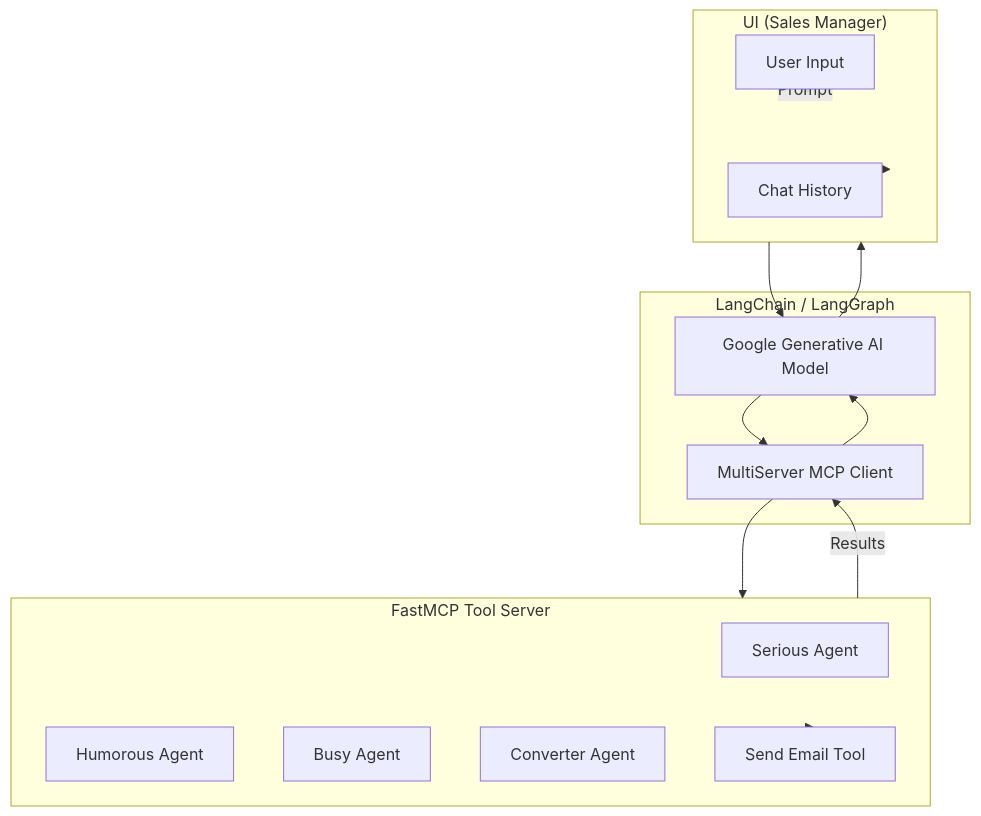
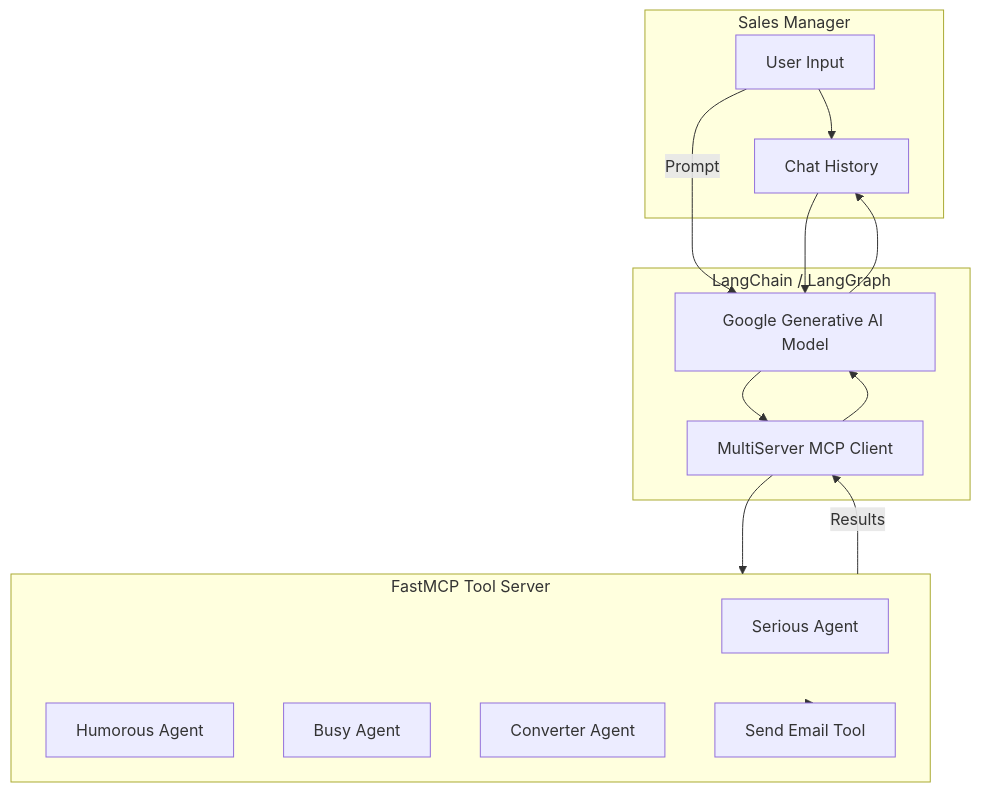
One commit to ed-donner/agents changed the diagram in 6_mcp/community_contributions/sales_mcp_server/README.md. Above: the diagram before and after it, drawn with Mermaid.

Commit message:
test new diagram

````diff
--- a/6_mcp/community_contributions/sales_mcp_server/README.md
+++ b/6_mcp/community_contributions/sales_mcp_server/README.md
@@ -88,29 +88,31 @@
 ```mermaid
 flowchart TD
 
-subgraph UI["UI (Sales Manager)"]
+subgraph UI["Sales Manager"]
     U[User Input]
     CH[Chat History]
 end
 
 subgraph LangChain["LangChain / LangGraph"]
     GA[Google Generative AI Model]
     MCPClient[MultiServer MCP Client]
 end
 
 subgraph MCP["FastMCP Tool Server"]
     SA1[Serious Agent]
     SA2[Humorous Agent]
     SA3[Busy Agent]
     Conv[Converter Agent]
     Send[Send Email Tool]
 end
 
-U -->|Prompt| UI --> GA
+U --> CH
+U -->|Prompt| GA
+CH --> GA
+
 GA --> MCPClient --> MCP
 MCP -->|Results| MCPClient --> GA
-GA --> UI
-CH --> UI
+GA --> CH
 
 MCP --> Send
 ```
````
